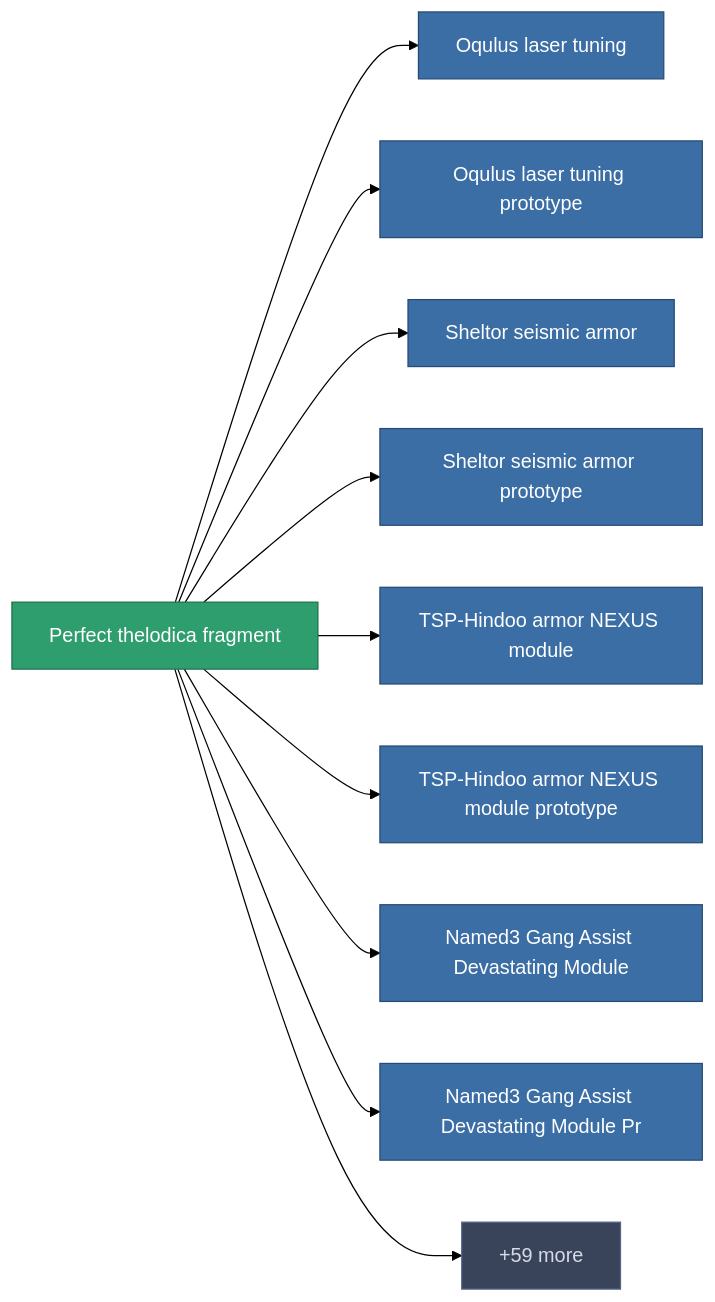
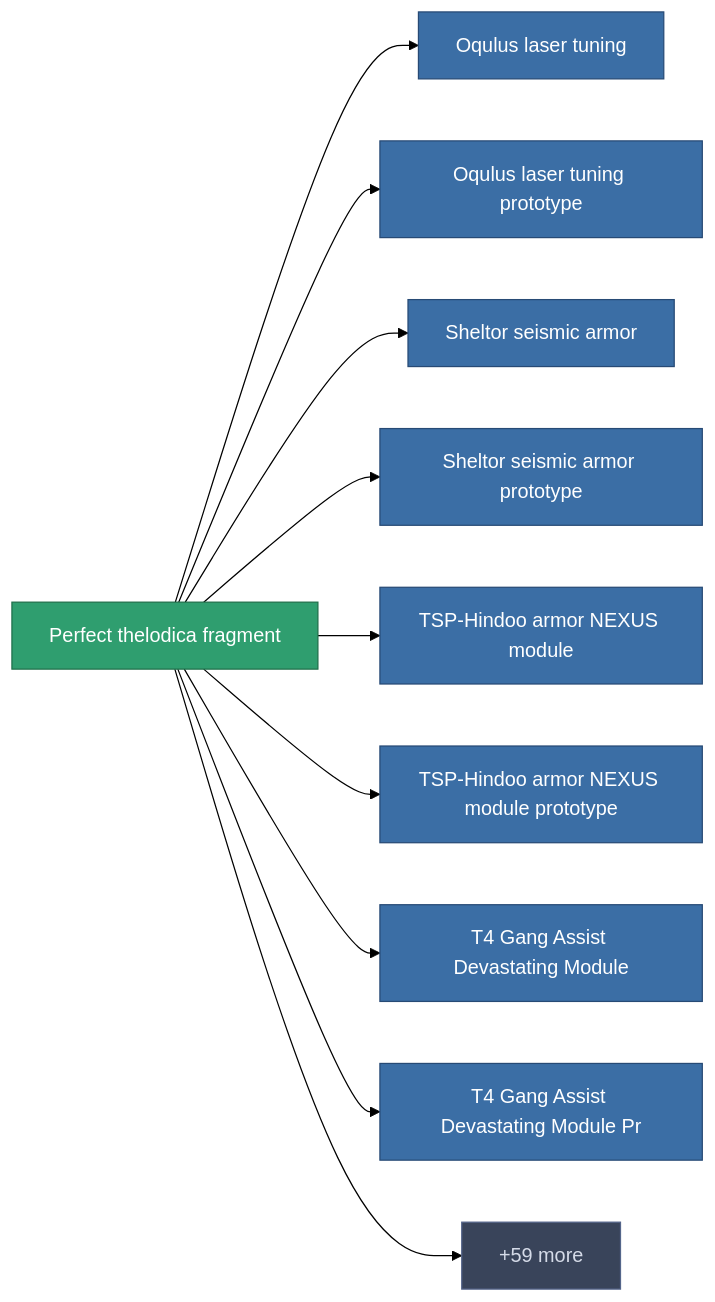
Before and after one commit to OpenPerpetuum/Wiki: the diagram in content/content/items/robotshard_thelodica_expert.md, drawn with Mermaid (forest theme). The commit also changed other lines of this file and 4904 other files, not shown here.

````diff
--- a/content/content/items/robotshard_thelodica_expert.md
+++ b/content/content/items/robotshard_thelodica_expert.md
@@ -46,34 +36,34 @@
 ```mermaid
 graph LR
     a["Perfect thelodica fragment"]:::current
     b["Oqulus laser tuning"]:::prod
     a --> b
     click b "/content/items/named3-damage-mod-laser/" "Oqulus laser tuning"
     c["Oqulus laser tuning prototype"]:::prod
     a --> c
     click c "/content/items/named3-damage-mod-laser-pr/" "Oqulus laser tuning prototype"
     d["Sheltor seismic armor"]:::prod
     a --> d
     click d "/content/items/named3-exp-armor-hardener/" "Sheltor seismic armor"
     e["Sheltor seismic armor prototype"]:::prod
     a --> e
     click e "/content/items/named3-exp-armor-hardener-pr/" "Sheltor seismic armor prototype"
     f["TSP-Hindoo armor NEXUS module"]:::prod
     a --> f
     click f "/content/items/named3-gang-assist-defense-module/" "TSP-Hindoo armor NEXUS module"
     g["TSP-Hindoo armor NEXUS module prototype"]:::prod
     a --> g
     click g "/content/items/named3-gang-assist-defense-module-pr/" "TSP-Hindoo armor NEXUS module prototype"
-    h["Named3 Gang Assist Devastating Module"]:::prod
+    h["T4 Gang Assist Devastating Module"]:::prod
     a --> h
-    click h "/content/items/named3-gang-assist-devastating-module/" "Named3 Gang Assist Devastating Module"
-    i["Named3 Gang Assist Devastating Module Pr"]:::prod
+    click h "/content/items/named3-gang-assist-devastating-module/" "T4 Gang Assist Devastating Module"
+    i["T4 Gang Assist Devastating Module Pr"]:::prod
     a --> i
-    click i "/content/items/named3-gang-assist-devastating-module-pr/" "Named3 Gang Assist Devastating Module Pr"
+    click i "/content/items/named3-gang-assist-devastating-module-pr/" "T4 Gang Assist Devastating Module Pr"
     j["+59 more"]:::more
     a --> j
     click j "/content/recipes/" "All recipes"
     classDef current fill:#2f9e6f,stroke:#1f6f4a,color:#ffffff
     classDef prod fill:#3b6ea5,stroke:#274a75,color:#ffffff
     classDef more fill:#39445a,stroke:#54658a,color:#d5dbe8
 ```
````
